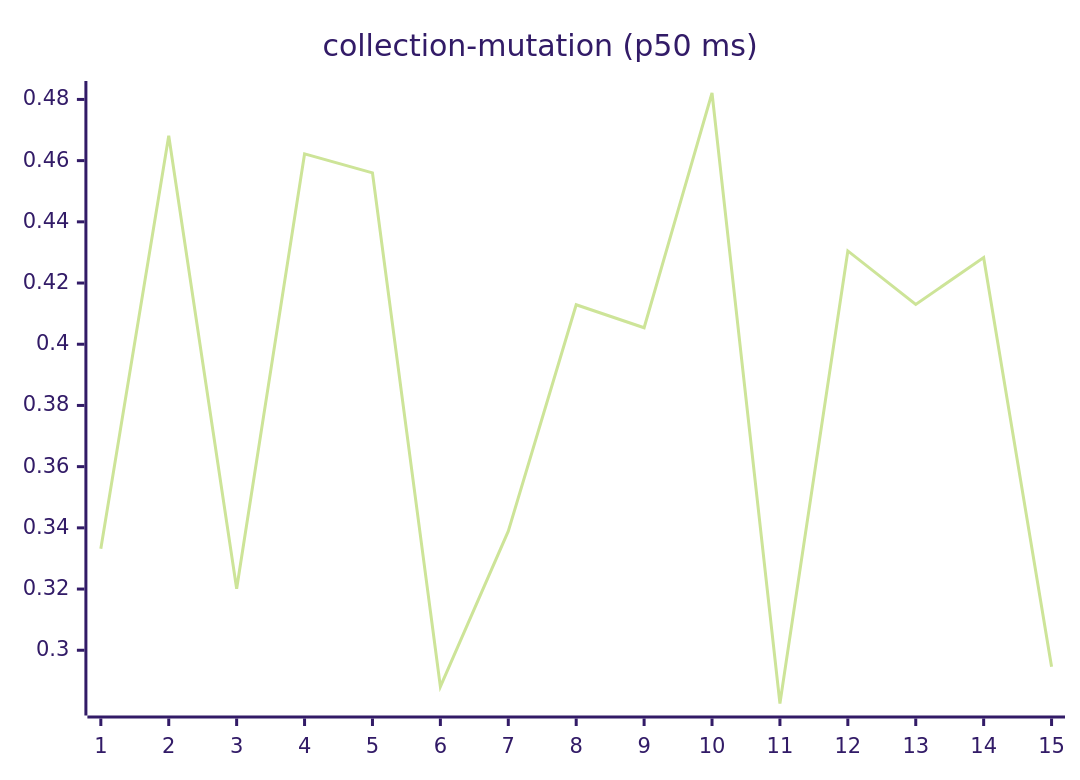
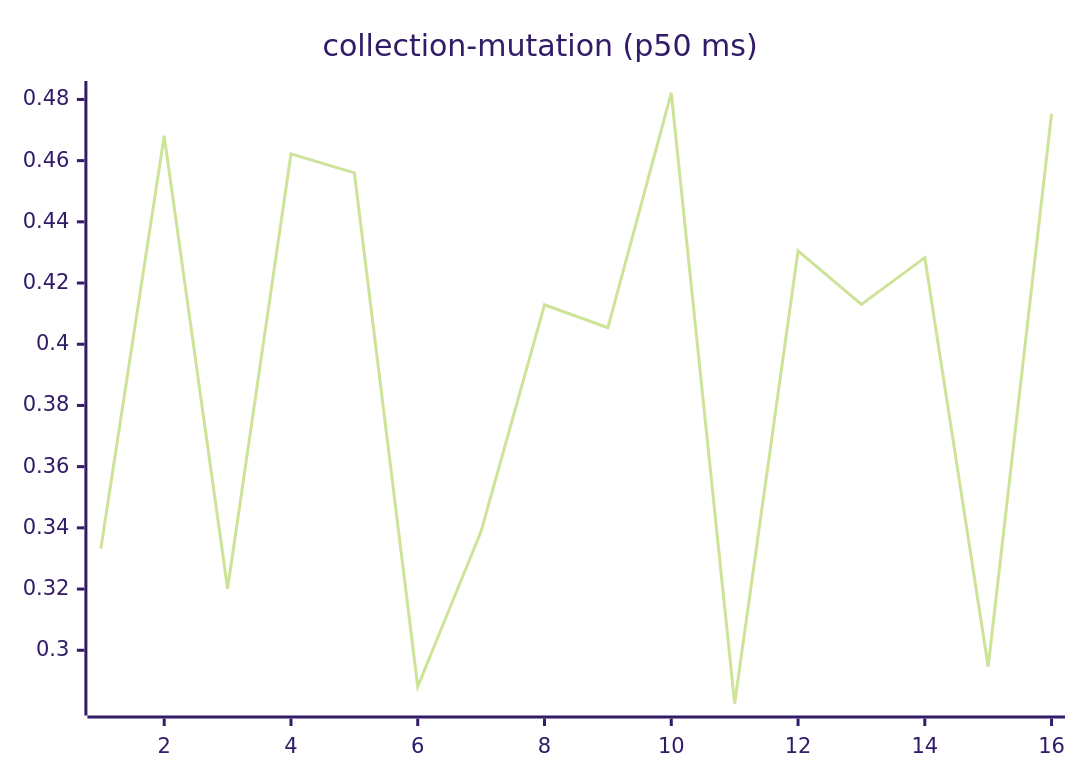
The sixth of 27 diagrams in README.md (josha/Facet), drawn with Mermaid (forest theme) before and after one commit. The commit also changed other lines of this file and 2 other files, not shown here.

````diff
--- a/README.md
+++ b/README.md
@@ -98,6 +98,6 @@
 ```mermaid
 xychart-beta
     title "collection-mutation (p50 ms)"
-    x-axis 1 --> 15
-    line [0.3332, 0.4681, 0.3201, 0.4622, 0.4560, 0.2881, 0.3389, 0.4129, 0.4054, 0.4821, 0.2826, 0.4305, 0.4130, 0.4283, 0.2946]
+    x-axis 1 --> 16
+    line [0.3332, 0.4681, 0.3201, 0.4622, 0.4560, 0.2881, 0.3389, 0.4129, 0.4054, 0.4821, 0.2826, 0.4305, 0.4130, 0.4283, 0.2946, 0.4753]
 ```
````
